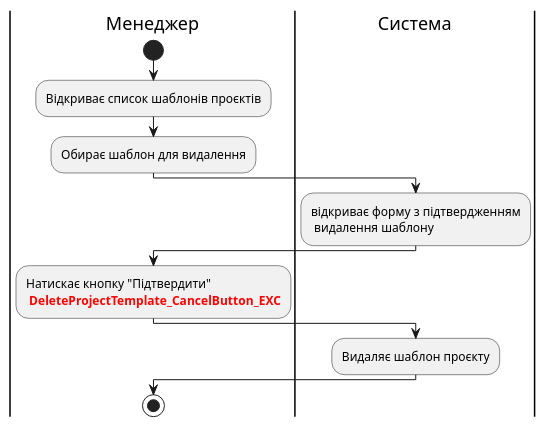
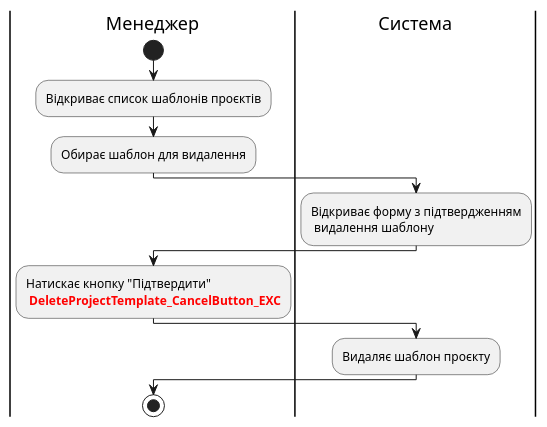
Before and after one commit to boldak/edu-db-cw: the third of 3 diagrams in docs/use cases/README.md, drawn with PlantUML.

```diff
--- a/docs/use cases/README.md
+++ b/docs/use cases/README.md
@@ -587,20 +587,20 @@
 @startuml
 
 |Менеджер|
 start;
 :Відкриває список шаблонів проєктів;
 :Обирає шаблон для видалення;
 
 |Система|
-:відкриває форму з підтвердженням\n видалення шаблону;
+:Відкриває форму з підтвердженням\n видалення шаблону;
 
 |Менеджер|
 :Натискає кнопку "Підтвердити"
 <font color="red"><b> DeleteProjectTemplate_CancelButton_EXC;
 
 |Система|
 :Видаляє шаблон проєкту;
 
 |Менеджер|
 stop;
 @enduml
```
